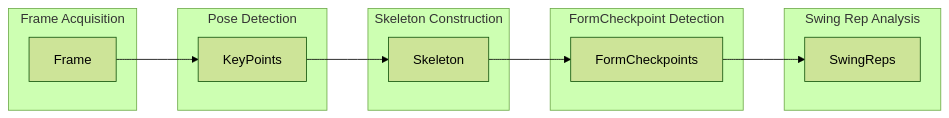
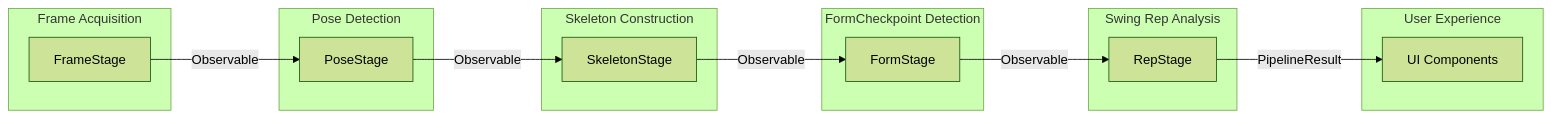
One commit to idvorkin/swing-analyzer changed the second of 2 diagrams in ARCHITECTURE.md. Above: the diagram before and after it, drawn with Mermaid (forest theme). The commit also changed other lines of this file and 9 other files, not shown here.

````diff
--- a/ARCHITECTURE.md
+++ b/ARCHITECTURE.md
@@ -50,27 +53,32 @@
 ```mermaid
 flowchart LR
-    A[Frame] --> B[KeyPoints]
-    B --> C[Skeleton]
-    C --> D[FormCheckpoints]
-    D --> E[SwingReps]
+    A[FrameStage] --> |Observable<FrameEvent>| B[PoseStage]
+    B --> |Observable<PoseEvent>| C[SkeletonStage]
+    C --> |Observable<SkeletonEvent>| D[FormStage]
+    D --> |Observable<CheckpointEvent>| E[RepStage]
+    E --> |PipelineResult| F[UI Components]
     
     subgraph "Frame Acquisition"
         A
     end
     
     subgraph "Pose Detection"
         B
     end
     
     subgraph "Skeleton Construction"
         C
     end
     
     subgraph "FormCheckpoint Detection"
         D
     end
     
     subgraph "Swing Rep Analysis"
         E
     end
+    
+    subgraph "User Experience"
+        F
+    end
 ```
````
